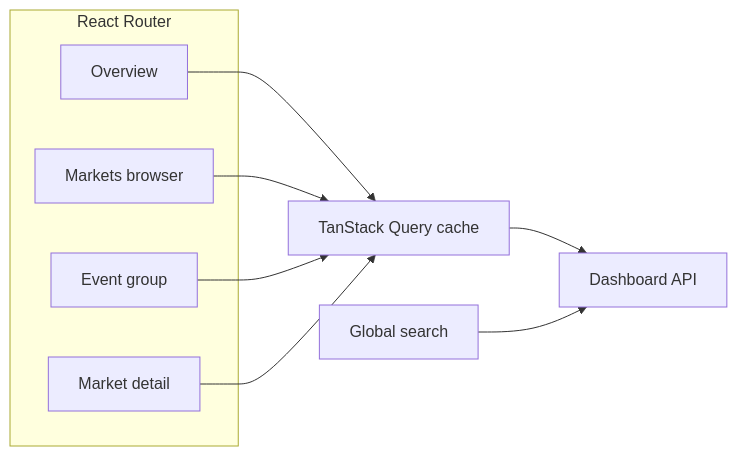
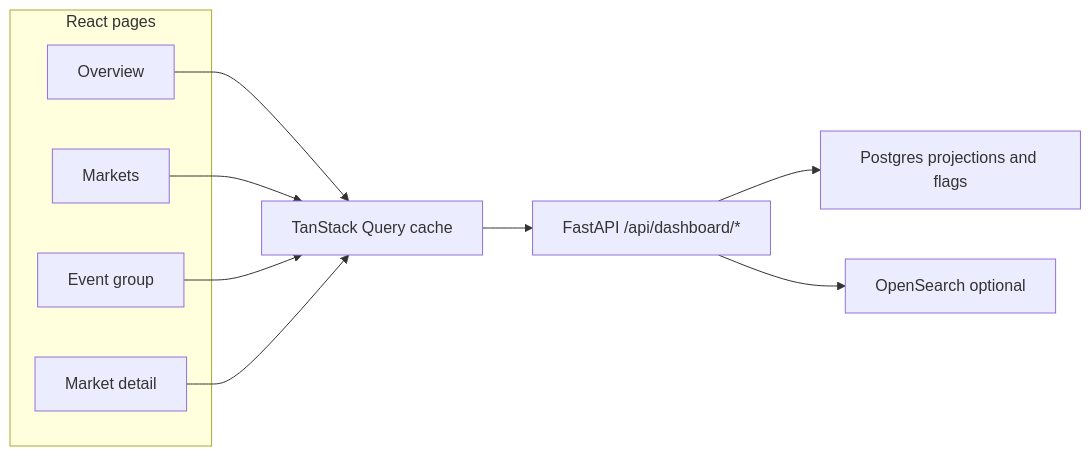
Before and after one commit to hong-david/predictionmarkets: the third of 3 diagrams in README.md, drawn with Mermaid. The commit also changed other lines of this file and 40 other files, not shown here.

````diff
--- a/README.md
+++ b/README.md
@@ -141,18 +343,22 @@
 ```mermaid
 flowchart LR
-  subgraph Pages["React Router"]
+  subgraph Pages["React pages"]
     O["Overview"]
-    MB["Markets browser"]
-    EV["Event group"]
+    MB["Markets"]
+    EG["Event group"]
     MD["Market detail"]
   end
+
   Q["TanStack Query cache"]
-  API2["Dashboard API"]
-  SEARCH["Global search"]
+  API["FastAPI /api/dashboard/*"]
+  PG["Postgres projections and flags"]
+  OS["OpenSearch optional"]
+
   O --> Q
   MB --> Q
-  EV --> Q
+  EG --> Q
   MD --> Q
-  Q --> API2
-  SEARCH --> API2
+  Q --> API
+  API --> PG
+  API --> OS
 ```
````
